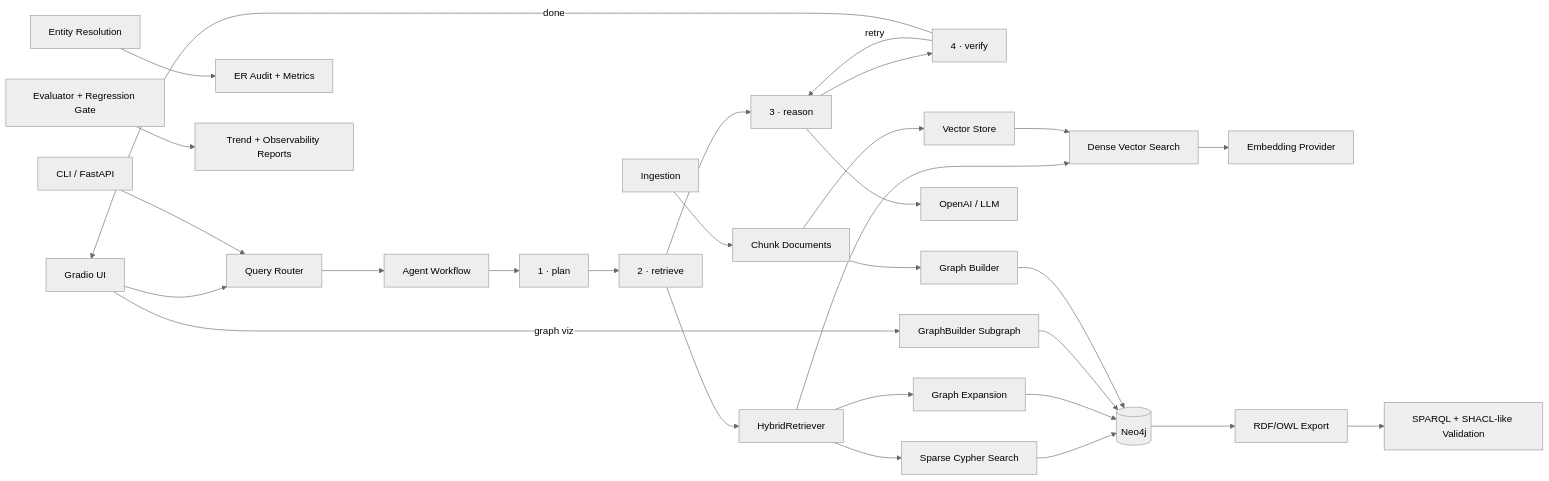
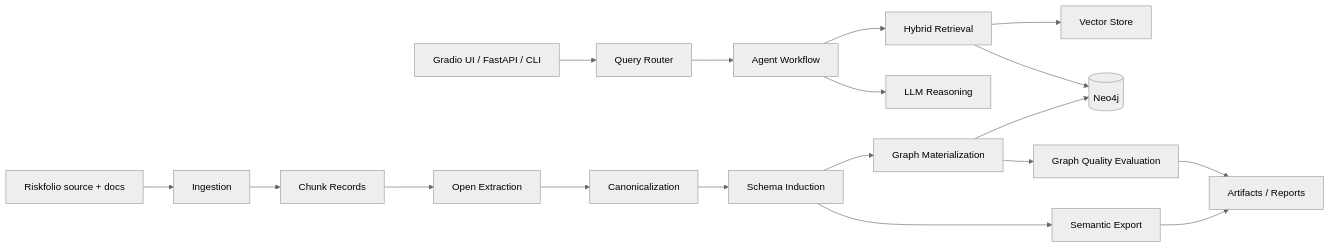
One commit to ethantenison/riskfolio-graphrag-agent changed the diagram in docs/architecture_module_map.md. Above: the diagram before and after it, drawn with Mermaid (neutral theme). The commit also changed other lines of this file and 23 other files, not shown here.

First line of the commit message:
feat: Implement redesigned Knowledge Graph induction pipeline

````diff
--- a/docs/architecture_module_map.md
+++ b/docs/architecture_module_map.md
@@ -16,31 +10,20 @@
 ```mermaid
 flowchart LR
-  A[Gradio UI] --> QR[Query Router]
-  A2[CLI / FastAPI] --> QR
-  QR --> B[Agent Workflow]
-  B --> PL[1 · plan]
-  PL --> RET[2 · retrieve]
-  RET --> RSN[3 · reason]
-  RSN --> VER[4 · verify]
-  VER -- retry --> RSN
-  VER -- done --> A
-  RET --> C[HybridRetriever]
-  C --> D[Dense Vector Search]
-  C --> E[Sparse Cypher Search]
-  C --> F[Graph Expansion]
-  D --> G[Embedding Provider]
-  E --> H[(Neo4j)]
-  F --> H
-  RSN --> LLM[OpenAI / LLM]
-  A -- graph viz --> GV[GraphBuilder Subgraph]
-  GV --> H
-  I[Ingestion] --> J[Chunk Documents]
-  J --> VS[Vector Store]
-  VS --> D
-  J --> K[Graph Builder]
-  K --> H
-  H --> L[RDF/OWL Export]
-  L --> M[SPARQL + SHACL-like Validation]
-  N[Entity Resolution] --> O[ER Audit + Metrics]
-  P[Evaluator + Regression Gate] --> Q[Trend + Observability Reports]
+  UI[Gradio UI / FastAPI / CLI] --> QR[Query Router]
+  QR --> AW[Agent Workflow]
+  AW --> RET[Hybrid Retrieval]
+  RET --> VDB[Vector Store]
+  RET --> NEO[(Neo4j)]
+  AW --> LLM[LLM Reasoning]
+  SRC[Riskfolio source + docs] --> ING[Ingestion]
+  ING --> CH[Chunk Records]
+  CH --> EXT[Open Extraction]
+  EXT --> CAN[Canonicalization]
+  CAN --> SCH[Schema Induction]
+  SCH --> MAT[Graph Materialization]
+  MAT --> NEO
+  SCH --> SEM[Semantic Export]
+  MAT --> GQ[Graph Quality Evaluation]
+  GQ --> ART[Artifacts / Reports]
+  SEM --> ART
 ```
````
